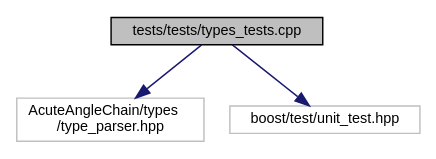
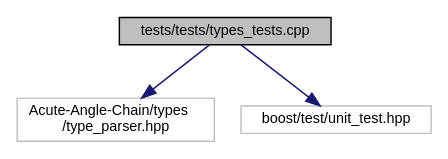
Before and after one commit to AcuteAngleCloud/Acute-Angle-Chain: the diagram in docs/rtf/types__tests_8cpp__incl.dot, drawn with Graphviz. The commit also changed 11711 other files, not shown here.

Commit message:
modified README.md and AcuteAngleChain to Acute-Angle-Chain

```diff
--- a/docs/rtf/types__tests_8cpp__incl.dot
+++ b/docs/rtf/types__tests_8cpp__incl.dot
@@ -1,10 +1,10 @@
 digraph "tests/tests/types_tests.cpp"
 {
   edge [fontname="Helvetica",fontsize="10",labelfontname="Helvetica",labelfontsize="10"];
   node [fontname="Helvetica",fontsize="10",shape=record];
   Node0 [label="tests/tests/types_tests.cpp",height=0.2,width=0.4,color="black", fillcolor="grey75", style="filled", fontcolor="black"];
   Node0 -> Node1 [color="midnightblue",fontsize="10",style="solid",fontname="Helvetica"];
-  Node1 [label="AcuteAngleChain/types\l/type_parser.hpp",height=0.2,width=0.4,color="grey75", fillcolor="white", style="filled"];
+  Node1 [label="Acute-Angle-Chain/types\l/type_parser.hpp",height=0.2,width=0.4,color="grey75", fillcolor="white", style="filled"];
   Node0 -> Node2 [color="midnightblue",fontsize="10",style="solid",fontname="Helvetica"];
   Node2 [label="boost/test/unit_test.hpp",height=0.2,width=0.4,color="grey75", fillcolor="white", style="filled"];
 }
```
